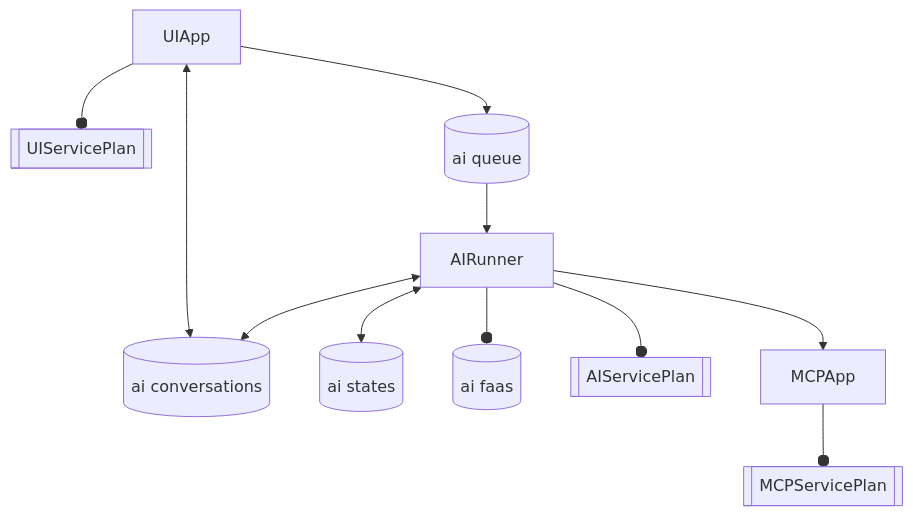
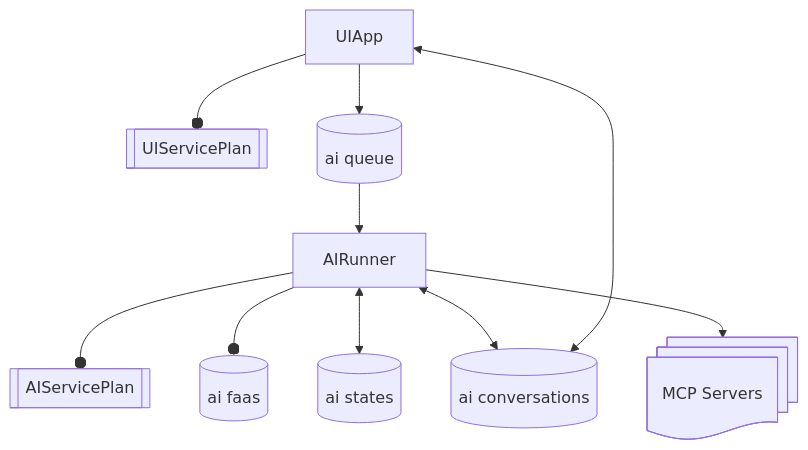
Before and after one commit to drwilliamroney/Pachinko.AI: the diagram in terraform/README.md, drawn with Mermaid.

Commit message:
Changed diagram

````diff
--- a/terraform/README.md
+++ b/terraform/README.md
@@ -3,23 +3,21 @@
 ```mermaid
 flowchart TB
     UIServicePlan[[UIServicePlan]]
     UIApp
     ConversationContainer[(ai conversations)]
     StatesContainer[(ai states)]
     QueueContainer[(ai queue)]
     FaaSContainer[(ai faas)]
     AIServicePlan[[AIServicePlan]]
     AIRunner
-    MCPServicePlan[[MCPServicePlan]]
-    MCPApp
+    MCP@{shape: docs, label: "MCP Servers"}
     UIApp --o UIServicePlan
     UIApp --> QueueContainer
     AIRunner --o AIServicePlan
     AIRunner --o FaaSContainer
     QueueContainer --> AIRunner
     UIApp <--> ConversationContainer
     AIRunner <--> ConversationContainer
     AIRunner <--> StatesContainer
-    AIRunner --> MCPApp
-    MCPApp --o MCPServicePlan
+    AIRunner --> MCP
 ```
````
